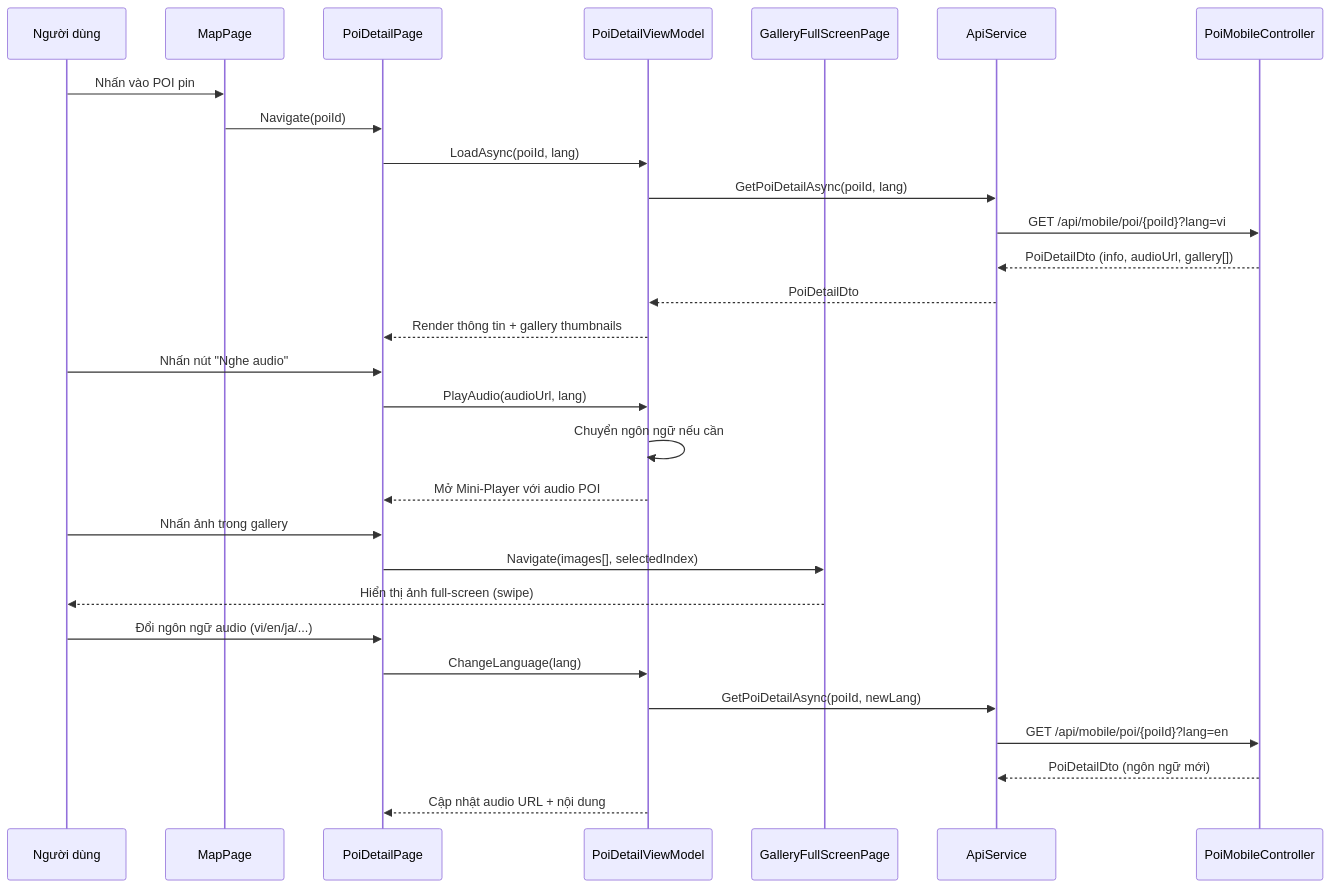
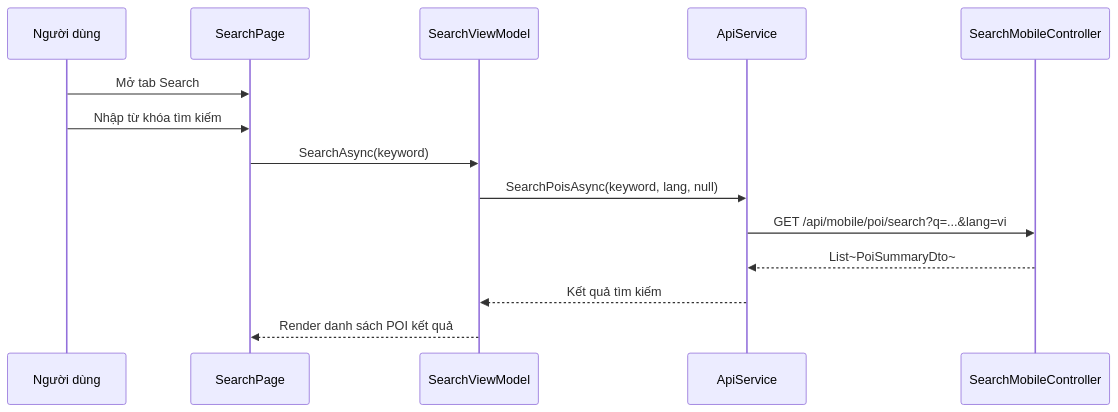
Diagram 14 of 46 in PRD.md (AudioGo-Project/AudioGo), drawn with Mermaid before and after one commit. The commit also changed other lines of this file, not shown here.

Commit message:
docs: Split Mobile sequence diagrams by UC and add POI priority logic in Geofence sequence

````diff
--- a/PRD.md
+++ b/PRD.md
@@ -1693,35 +997,17 @@
 ```mermaid
 sequenceDiagram
     participant MobileUser as Người dùng
-    participant MapPage
-    participant DetailPage as PoiDetailPage
-    participant DetailVM as PoiDetailViewModel
-    participant GalleryPage as GalleryFullScreenPage
+    participant SearchPage
+    participant SearchVM as SearchViewModel
     participant API as ApiService
-    participant Backend as PoiMobileController
+    participant Backend as SearchMobileController
 
-    MobileUser ->> MapPage: Nhấn vào POI pin
-    MapPage ->> DetailPage: Navigate(poiId)
-    DetailPage ->> DetailVM: LoadAsync(poiId, lang)
-    DetailVM ->> API: GetPoiDetailAsync(poiId, lang)
-    API ->> Backend: GET /api/mobile/poi/{poiId}?lang=vi
-    Backend -->> API: PoiDetailDto (info, audioUrl, gallery[])
-    API -->> DetailVM: PoiDetailDto
-    DetailVM -->> DetailPage: Render thông tin + gallery thumbnails
-
-    MobileUser ->> DetailPage: Nhấn nút "Nghe audio"
-    DetailPage ->> DetailVM: PlayAudio(audioUrl, lang)
-    DetailVM ->> DetailVM: Chuyển ngôn ngữ nếu cần
-    DetailVM -->> DetailPage: Mở Mini-Player với audio POI
-
-    MobileUser ->> DetailPage: Nhấn ảnh trong gallery
-    DetailPage ->> GalleryPage: Navigate(images[], selectedIndex)
-    GalleryPage -->> MobileUser: Hiển thị ảnh full-screen (swipe)
-
-    MobileUser ->> DetailPage: Đổi ngôn ngữ audio (vi/en/ja/...)
-    DetailPage ->> DetailVM: ChangeLanguage(lang)
-    DetailVM ->> API: GetPoiDetailAsync(poiId, newLang)
-    API ->> Backend: GET /api/mobile/poi/{poiId}?lang=en
-    Backend -->> API: PoiDetailDto (ngôn ngữ mới)
-    DetailVM -->> DetailPage: Cập nhật audio URL + nội dung
+    MobileUser ->> SearchPage: Mở tab Search
+    MobileUser ->> SearchPage: Nhập từ khóa tìm kiếm
+    SearchPage ->> SearchVM: SearchAsync(keyword)
+    SearchVM ->> API: SearchPoisAsync(keyword, lang, null)
+    API ->> Backend: GET /api/mobile/poi/search?q=...&lang=vi
+    Backend -->> API: List~PoiSummaryDto~
+    API -->> SearchVM: Kết quả tìm kiếm
+    SearchVM -->> SearchPage: Render danh sách POI kết quả
 ```
````
